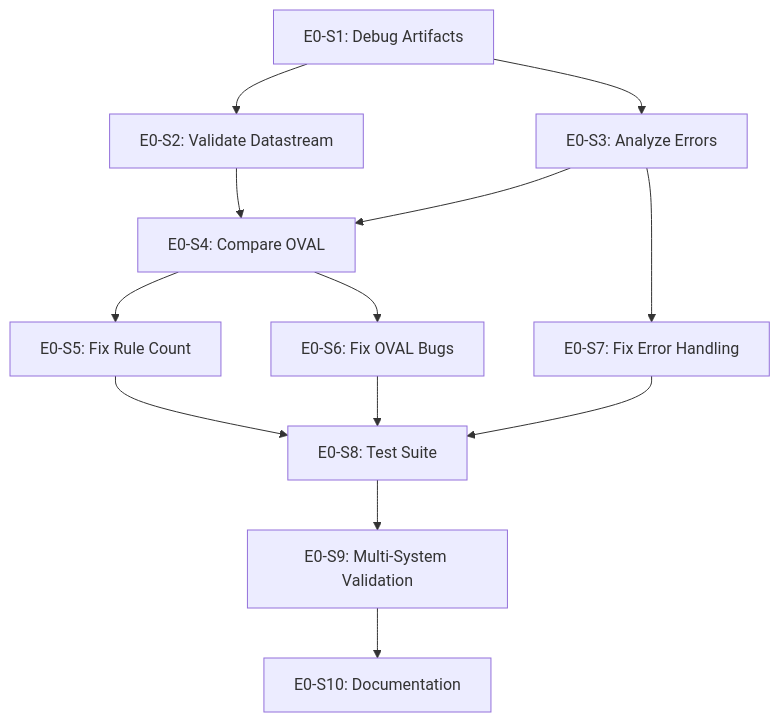
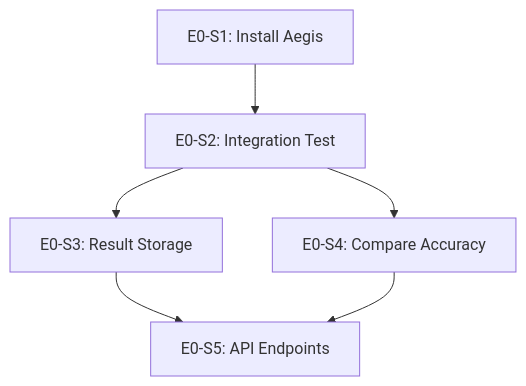
One commit to Hanalyx/OpenWatch changed the diagram in PRD/epics/E0-SCAN-ACCURACY.md. Above: the diagram before and after it, drawn with Mermaid. The commit also changed other lines of this file and 12 other files, not shown here.

````diff
--- a/PRD/epics/E0-SCAN-ACCURACY.md
+++ b/PRD/epics/E0-SCAN-ACCURACY.md
@@ -370,15 +245,8 @@
 ```mermaid
 graph TD
-    S1[E0-S1: Debug Artifacts] --> S2[E0-S2: Validate Datastream]
-    S1 --> S3[E0-S3: Analyze Errors]
-    S2 --> S4[E0-S4: Compare OVAL]
-    S3 --> S4
-    S4 --> S5[E0-S5: Fix Rule Count]
-    S4 --> S6[E0-S6: Fix OVAL Bugs]
-    S3 --> S7[E0-S7: Fix Error Handling]
-    S5 --> S8[E0-S8: Test Suite]
-    S6 --> S8
-    S7 --> S8
-    S8 --> S9[E0-S9: Multi-System Validation]
-    S9 --> S10[E0-S10: Documentation]
+    S1[E0-S1: Install Aegis] --> S2[E0-S2: Integration Test]
+    S2 --> S3[E0-S3: Result Storage]
+    S2 --> S4[E0-S4: Compare Accuracy]
+    S3 --> S5[E0-S5: API Endpoints]
+    S4 --> S5
 ```
````
